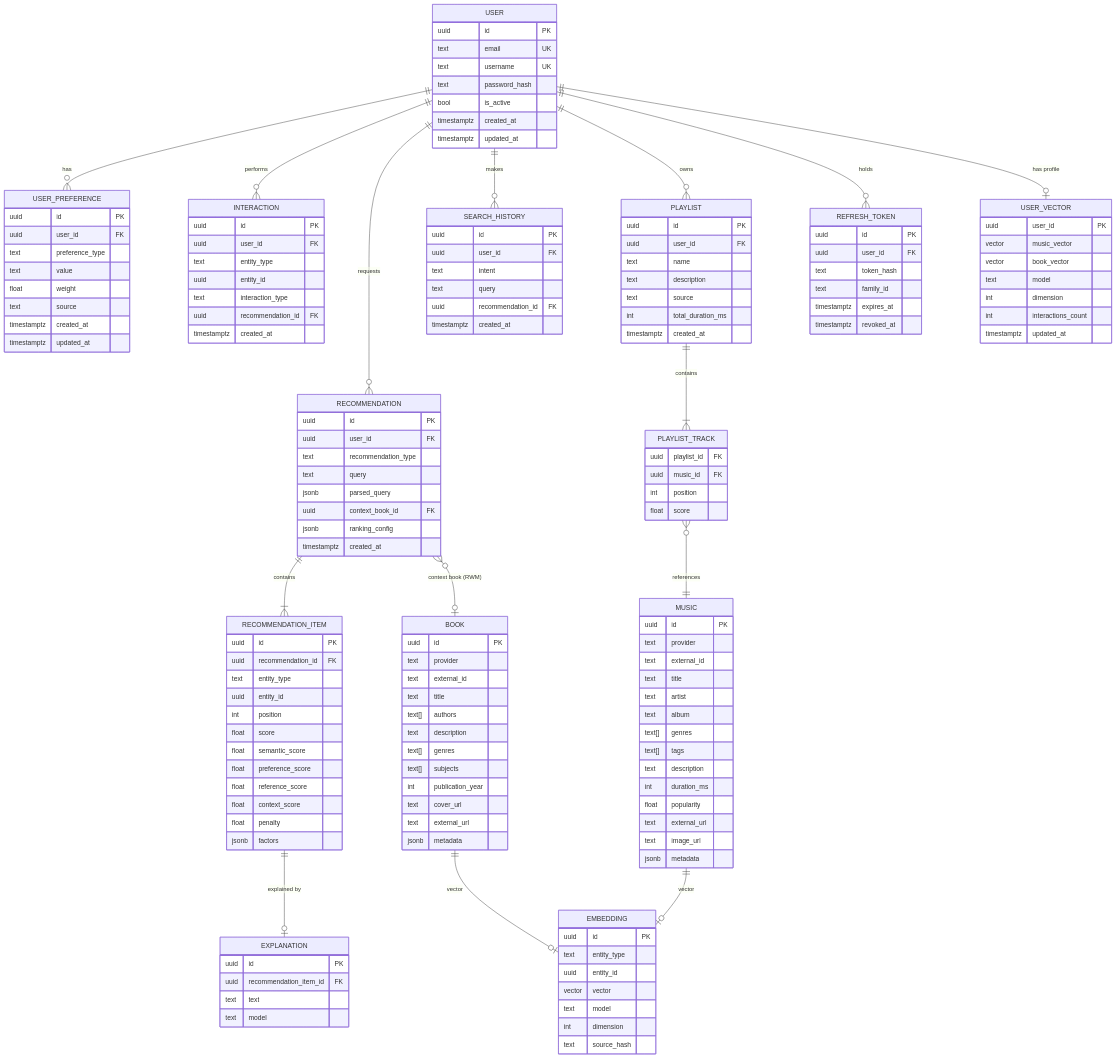
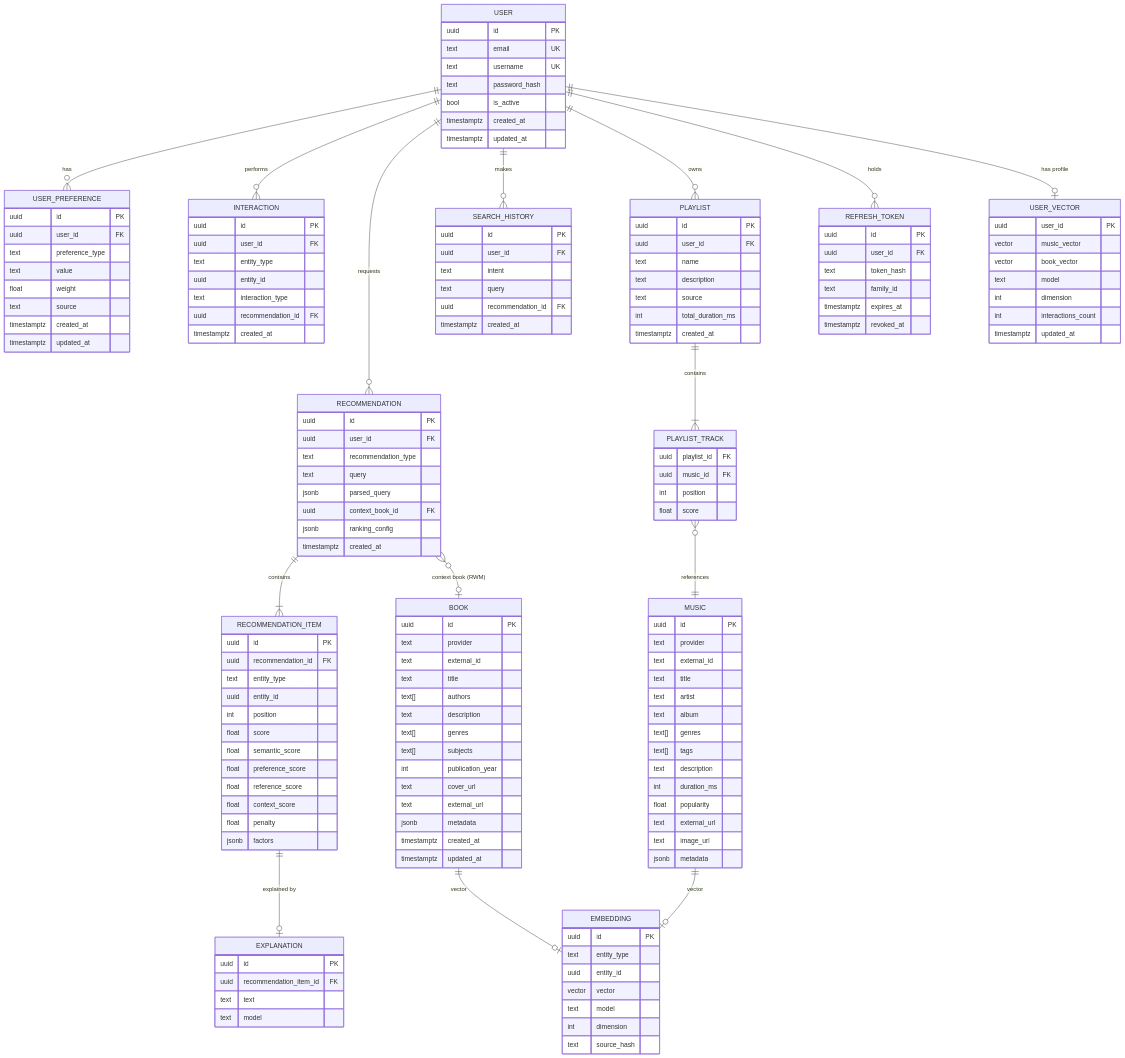
Before and after one commit to fmvini/Gandalf: the diagram in docs/04-Data-Model.md, drawn with Mermaid. The commit also changed other lines of this file and 12 other files, not shown here.

```diff
--- a/docs/04-Data-Model.md
+++ b/docs/04-Data-Model.md
@@ -94,6 +94,8 @@
         text cover_url
         text external_url
         jsonb metadata
+        timestamptz created_at
+        timestamptz updated_at
     }
     EMBEDDING {
         uuid id PK
```
